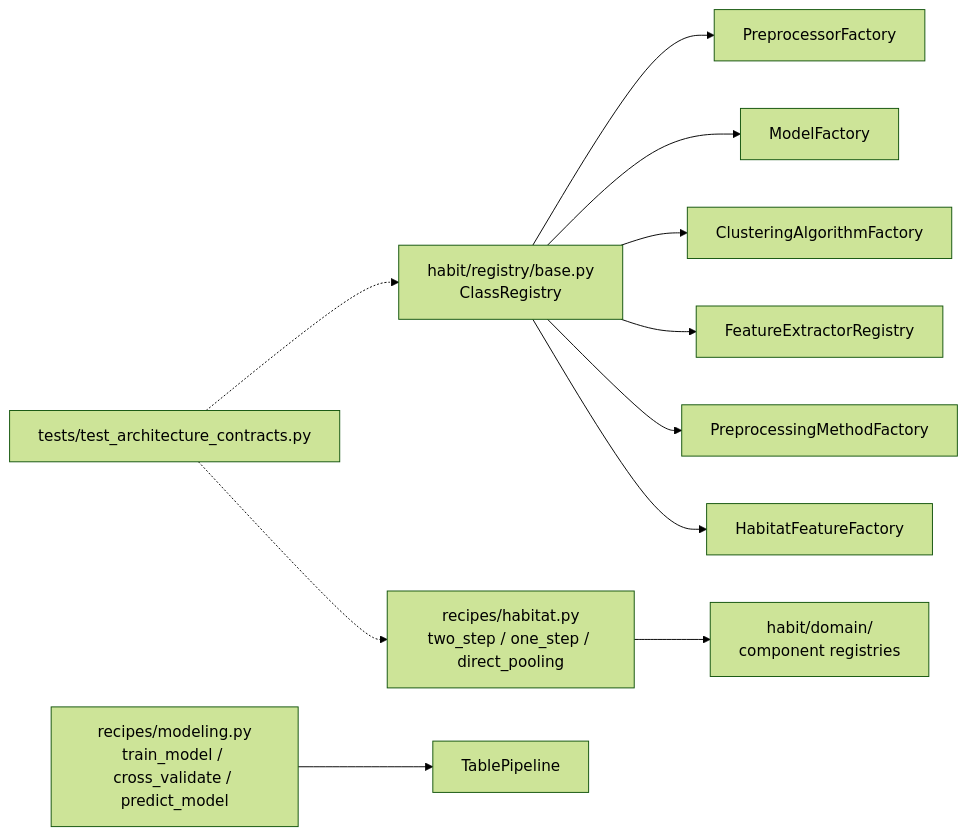
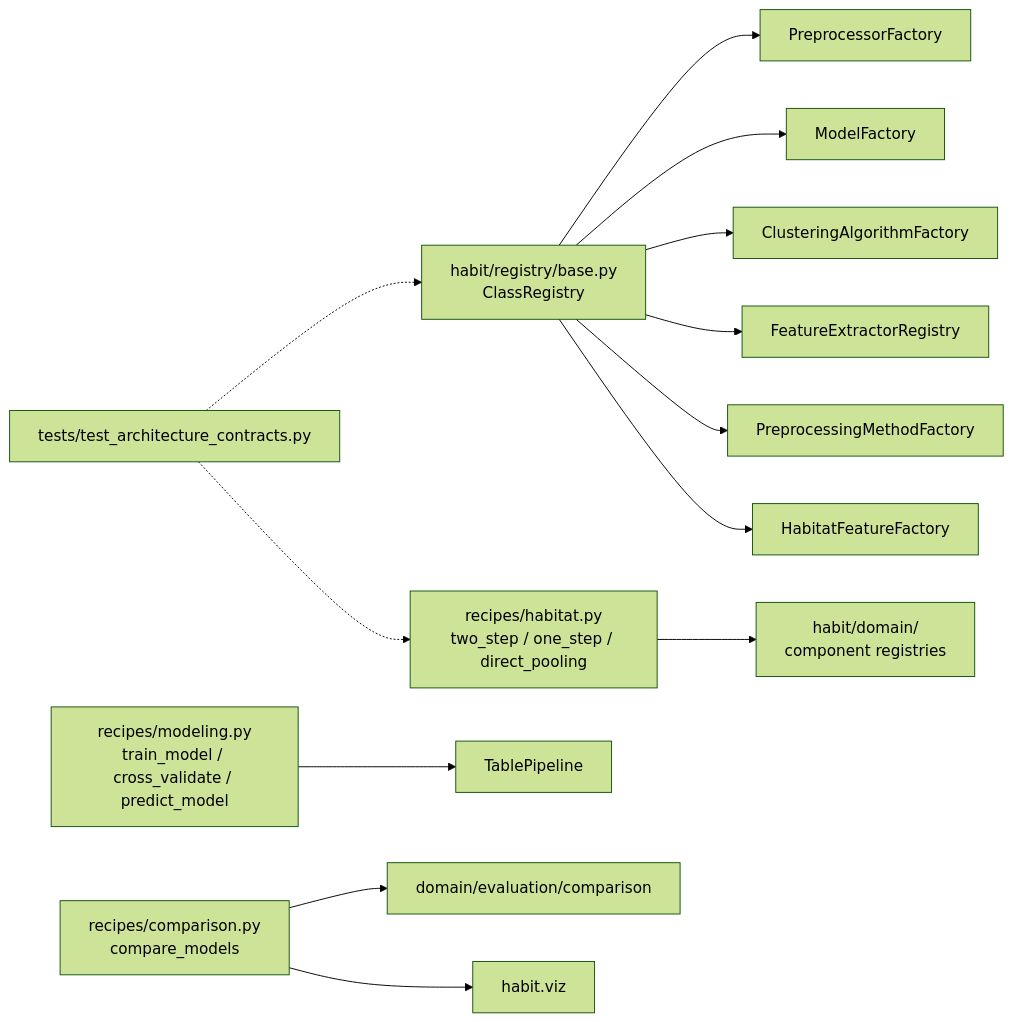
One commit to lichao312214129/HABIT changed the second of 2 diagrams in docs/source/development/repo_layout.rst. Above: the diagram before and after it, drawn with Mermaid (forest theme). The commit also changed other lines of this file and 20 other files, not shown here.

First line of the commit message:
feat: migrate habit compare to v1 recipes and sync ML docs

```diff
--- a/docs/source/development/repo_layout.rst
+++ b/docs/source/development/repo_layout.rst
@@ -172,15 +179,17 @@
 .. mermaid::
 
    flowchart LR
      REG["habit/registry/base.py<br/>ClassRegistry"] --> PF["PreprocessorFactory"]
      REG --> MF["ModelFactory"]
      REG --> CF["ClusteringAlgorithmFactory"]
      REG --> EF["FeatureExtractorRegistry"]
      REG --> PP["PreprocessingMethodFactory"]
      REG --> HF["HabitatFeatureFactory"]
 
      ORC["recipes/habitat.py<br/>two_step / one_step / direct_pooling"] --> DOM["habit/domain/<br/>component registries"]
      ORC2["recipes/modeling.py<br/>train_model / cross_validate / predict_model"] --> TP["TablePipeline"]
+     ORC3["recipes/comparison.py<br/>compare_models"] --> EV["domain/evaluation/comparison"]
+     ORC3 --> VIZ["habit.viz"]
 
      TST["tests/test_architecture_contracts.py"] -.-> REG
      TST -.-> ORC
```
